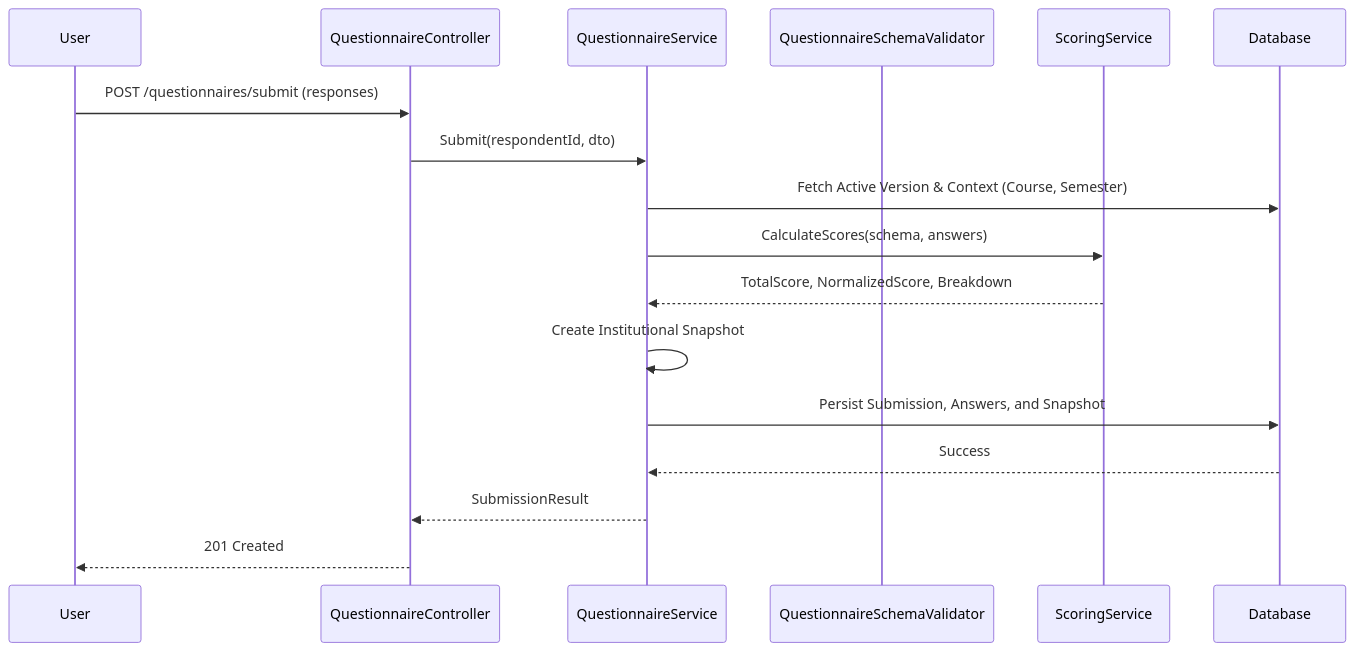
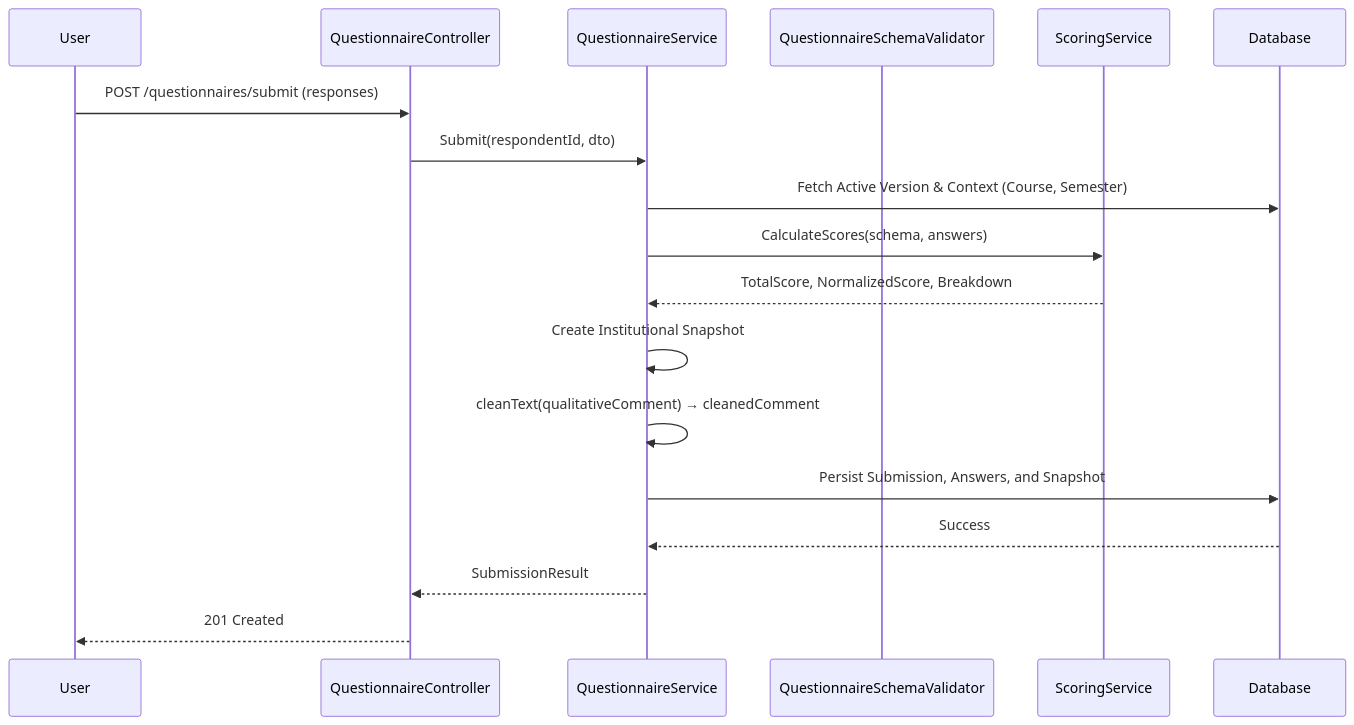
One commit to CtrlAltElite-Devs/api.faculytics changed the first of 2 diagrams in docs/workflows/questionnaire-submission.md. Above: the diagram before and after it, drawn with Mermaid. The commit also changed 6 other files, not shown here.

````diff
--- a/docs/workflows/questionnaire-submission.md
+++ b/docs/workflows/questionnaire-submission.md
@@ -5,20 +5,21 @@
 ```mermaid
 sequenceDiagram
     participant User
     participant QuestionnaireController
     participant QuestionnaireService
     participant QuestionnaireSchemaValidator
     participant ScoringService
     participant Database
 
     User->>QuestionnaireController: POST /questionnaires/submit (responses)
     QuestionnaireController->>QuestionnaireService: Submit(respondentId, dto)
     QuestionnaireService->>Database: Fetch Active Version & Context (Course, Semester)
     QuestionnaireService->>ScoringService: CalculateScores(schema, answers)
     ScoringService-->>QuestionnaireService: TotalScore, NormalizedScore, Breakdown
     QuestionnaireService->>QuestionnaireService: Create Institutional Snapshot
+    QuestionnaireService->>QuestionnaireService: cleanText(qualitativeComment) → cleanedComment
     QuestionnaireService->>Database: Persist Submission, Answers, and Snapshot
     Database-->>QuestionnaireService: Success
     QuestionnaireService-->>QuestionnaireController: SubmissionResult
     QuestionnaireController-->>User: 201 Created
 ```
````
